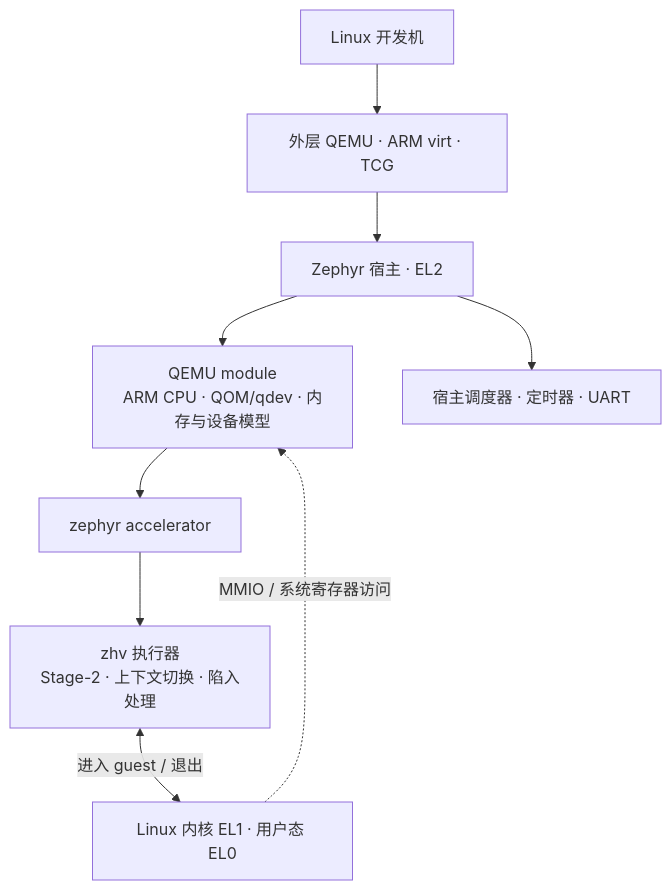
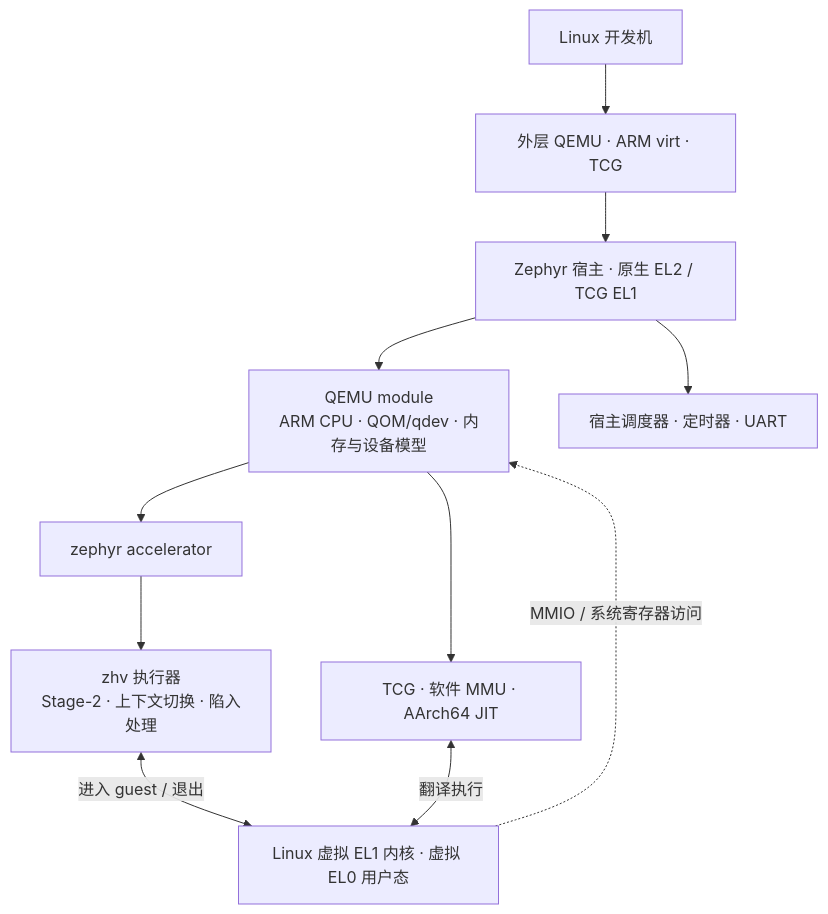
Before and after one commit to processmission/qemu-on-zephyr: the diagram in README.zh-CN.md, drawn with Mermaid. The commit also changed other lines of this file and 40 other files, not shown here.

First line of the commit message:
qemu/zephyr: add TCG execution and selectable ARM64 CPUs

````diff
--- a/README.zh-CN.md
+++ b/README.zh-CN.md
@@ -77,11 +89,13 @@
 ```mermaid
 flowchart TB
     host["Linux 开发机"] --> outer["外层 QEMU · ARM virt · TCG"]
-    outer --> zephyr["Zephyr 宿主 · EL2"]
+    outer --> zephyr["Zephyr 宿主 · 原生 EL2 / TCG EL1"]
     zephyr --> models["QEMU module<br/>ARM CPU · QOM/qdev · 内存与设备模型"]
     models --> accel["zephyr accelerator"]
+    models --> tcg["TCG · 软件 MMU · AArch64 JIT"]
     accel --> executor["zhv 执行器<br/>Stage-2 · 上下文切换 · 陷入处理"]
-    executor <-->|"进入 guest / 退出"| guest["Linux 内核 EL1 · 用户态 EL0"]
+    executor <-->|"进入 guest / 退出"| guest["Linux 虚拟 EL1 内核 · 虚拟 EL0 用户态"]
+    tcg <-->|"翻译执行"| guest
     guest -.->|"MMIO / 系统寄存器访问"| models
     zephyr --> scheduler["宿主调度器 · 定时器 · UART"]
 ```
````
